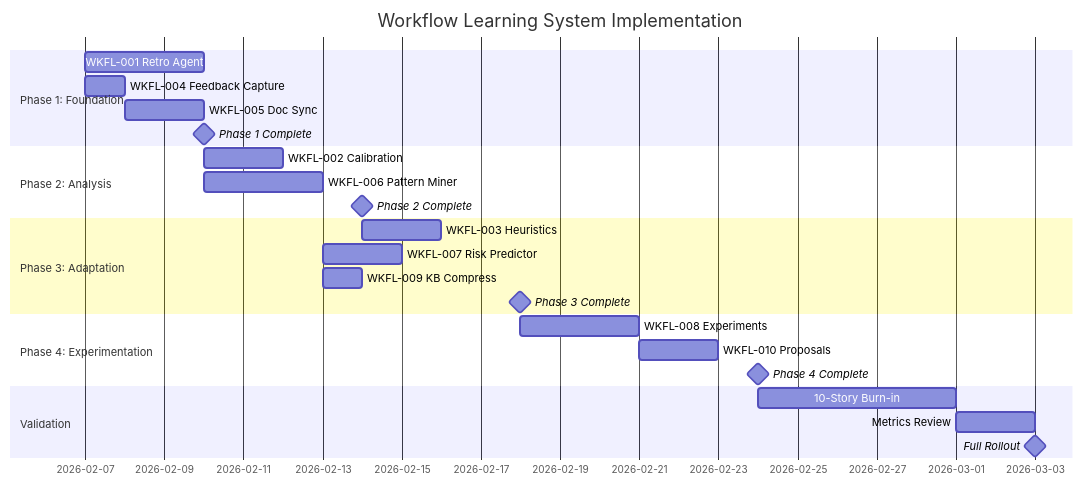
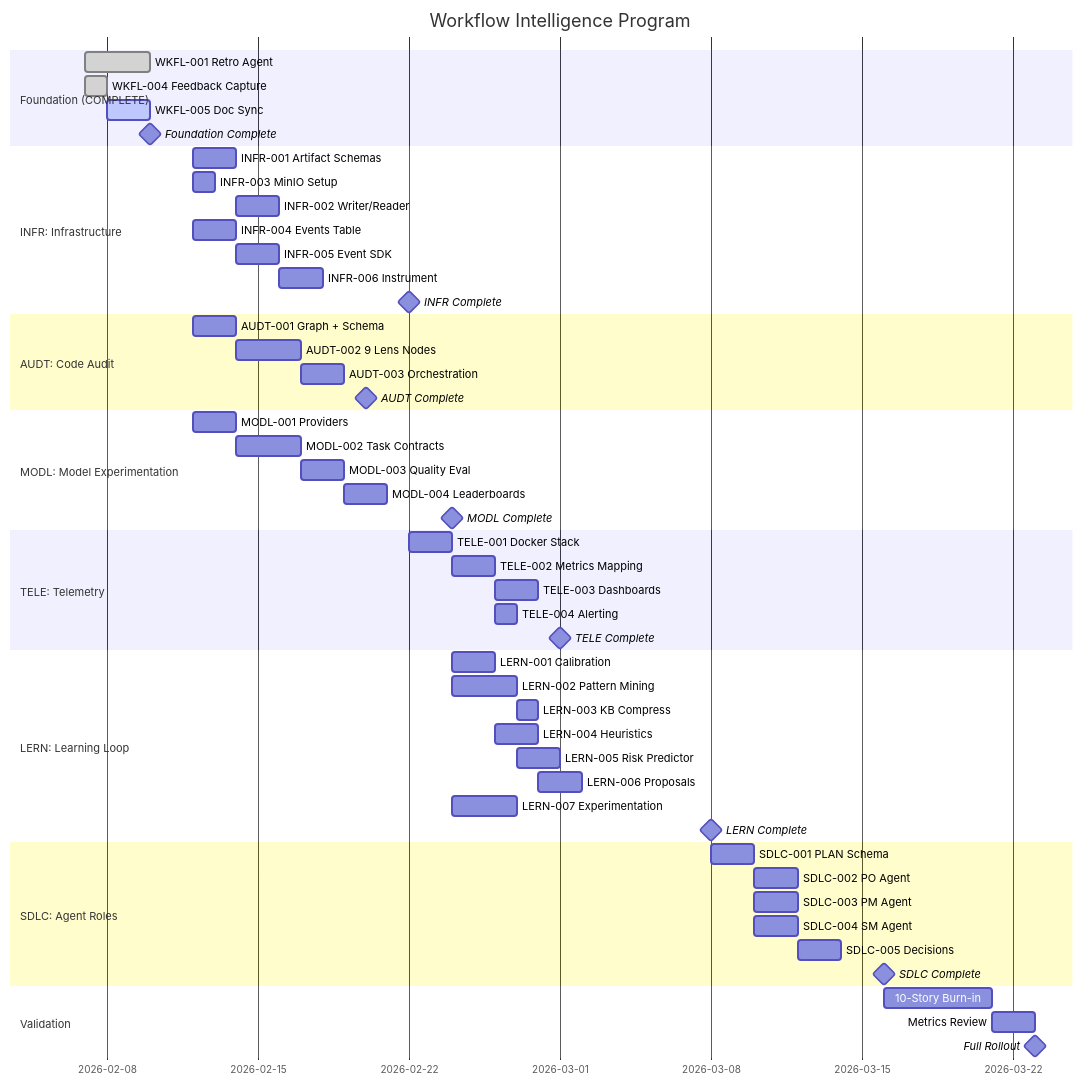
Before and after one commit to michael-menard/monorepo: the second of 2 diagrams in plans/future/workflow-learning/roadmap.md, drawn with Mermaid. The commit also changed other lines of this file and 17 other files, not shown here.

First line of the commit message:
docs: split Workflow Intelligence Program into 6 focused epics

````diff
--- a/plans/future/workflow-learning/roadmap.md
+++ b/plans/future/workflow-learning/roadmap.md
@@ -5,32 +127,63 @@
 ```mermaid
 gantt
-    title Workflow Learning System Implementation
+    title Workflow Intelligence Program
     dateFormat  YYYY-MM-DD
 
-    section Phase 1: Foundation
-    WKFL-001 Retro Agent       :a1, 2026-02-07, 3d
-    WKFL-004 Feedback Capture  :a4, 2026-02-07, 1d
-    WKFL-005 Doc Sync          :a5, 2026-02-08, 2d
-    Phase 1 Complete           :milestone, m1, 2026-02-10, 0d
+    section Foundation (COMPLETE)
+    WKFL-001 Retro Agent       :done, a1, 2026-02-07, 3d
+    WKFL-004 Feedback Capture  :done, a4, 2026-02-07, 1d
+    WKFL-005 Doc Sync          :active, a5, 2026-02-08, 2d
+    Foundation Complete        :milestone, m0, 2026-02-10, 0d
 
-    section Phase 2: Analysis
-    WKFL-002 Calibration       :a2, after m1, 2d
-    WKFL-006 Pattern Miner     :a6, after m1, 3d
-    Phase 2 Complete           :milestone, m2, 2026-02-14, 0d
+    section INFR: Infrastructure
+    INFR-001 Artifact Schemas  :i1, 2026-02-12, 2d
+    INFR-003 MinIO Setup       :i3, 2026-02-12, 1d
+    INFR-002 Writer/Reader     :i2, after i1, 2d
+    INFR-004 Events Table      :i4, 2026-02-12, 2d
+    INFR-005 Event SDK         :i5, after i4, 2d
+    INFR-006 Instrument        :i6, after i5, 2d
+    INFR Complete              :milestone, mi, 2026-02-22, 0d
 
-    section Phase 3: Adaptation
-    WKFL-003 Heuristics        :a3, after m2, 2d
-    WKFL-007 Risk Predictor    :a7, after a6, 2d
-    WKFL-009 KB Compress       :a9, after a6, 1d
-    Phase 3 Complete           :milestone, m3, 2026-02-18, 0d
+    section AUDT: Code Audit
+    AUDT-001 Graph + Schema    :u1, 2026-02-12, 2d
+    AUDT-002 9 Lens Nodes      :u2, after u1, 3d
+    AUDT-003 Orchestration     :u3, after u2, 2d
+    AUDT Complete              :milestone, mu, 2026-02-20, 0d
 
-    section Phase 4: Experimentation
-    WKFL-008 Experiments       :a8, after m3, 3d
-    WKFL-010 Proposals         :a10, after a8, 2d
-    Phase 4 Complete           :milestone, m4, 2026-02-24, 0d
+    section MODL: Model Experimentation
+    MODL-001 Providers         :m1, 2026-02-12, 2d
+    MODL-002 Task Contracts    :m2, after m1, 3d
+    MODL-003 Quality Eval      :m3, after m2, 2d
+    MODL-004 Leaderboards      :m4, after m3, 2d
+    MODL Complete              :milestone, mm, 2026-02-24, 0d
+
+    section TELE: Telemetry
+    TELE-001 Docker Stack      :t1, after mi, 2d
+    TELE-002 Metrics Mapping   :t2, after t1, 2d
+    TELE-003 Dashboards        :t3, after t2, 2d
+    TELE-004 Alerting          :t4, after t2, 1d
+    TELE Complete              :milestone, mt, 2026-03-01, 0d
+
+    section LERN: Learning Loop
+    LERN-001 Calibration       :l1, after mm, 2d
+    LERN-002 Pattern Mining    :l2, after mm, 3d
+    LERN-003 KB Compress       :l3, after l2, 1d
+    LERN-004 Heuristics        :l4, after l1, 2d
+    LERN-005 Risk Predictor    :l5, after l2, 2d
+    LERN-006 Proposals         :l6, after l4, 2d
+    LERN-007 Experimentation   :l7, after mm, 3d
+    LERN Complete              :milestone, ml, 2026-03-08, 0d
+
+    section SDLC: Agent Roles
+    SDLC-001 PLAN Schema       :s1, after ml, 2d
+    SDLC-002 PO Agent          :s2, after s1, 2d
+    SDLC-003 PM Agent          :s3, after s1, 2d
+    SDLC-004 SM Agent          :s4, after s1, 2d
+    SDLC-005 Decisions         :s5, after s2, 2d
+    SDLC Complete              :milestone, ms, 2026-03-16, 0d
 
     section Validation
-    10-Story Burn-in           :v1, after m4, 5d
+    10-Story Burn-in           :v1, after ms, 5d
     Metrics Review             :v2, after v1, 2d
-    Full Rollout               :milestone, m5, 2026-03-03, 0d
+    Full Rollout               :milestone, mv, 2026-03-23, 0d
 ```
````
